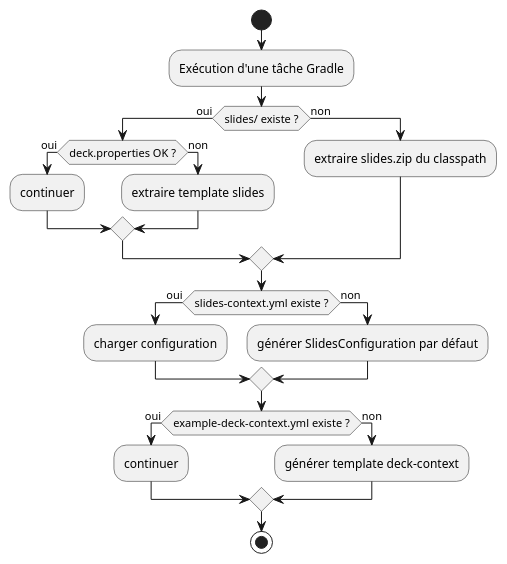
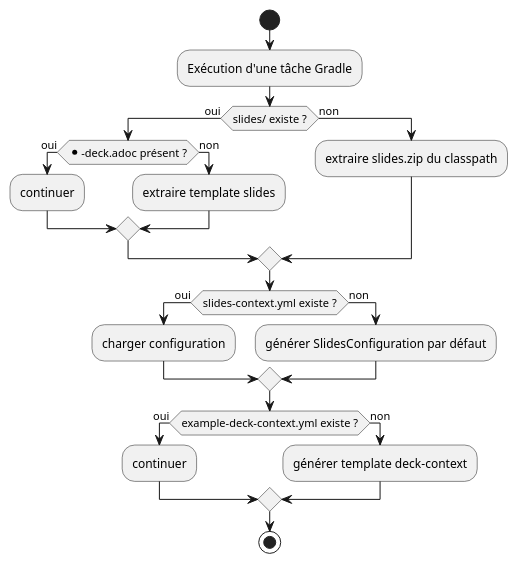
Before and after one commit to cheroliv/slider-gradle: the fifth of 10 diagrams in README_fr.adoc, drawn with PlantUML. The commit also changed other lines of this file and 24 other files, not shown here.

Commit message:
📝 chore(README_plantuml.adoc): update slides requirements and remove deck.properties for better clarity and consistency

```diff
--- a/README_fr.adoc
+++ b/README_fr.adoc
@@ -259,30 +258,30 @@
 [plantuml]
 ....
 @startuml
 start
 :Exécution d'une tâche Gradle;
 
 if (slides/ existe ?) then (oui)
-  if (deck.properties OK ?) then (oui)
+  if (*-deck.adoc présent ?) then (oui)
     :continuer;
   else (non)
     :extraire template slides;
   endif
 else (non)
   :extraire slides.zip du classpath;
 endif
 
 if (slides-context.yml existe ?) then (oui)
   :charger configuration;
 else (non)
   :générer SlidesConfiguration par défaut;
 endif
 
 if (example-deck-context.yml existe ?) then (oui)
   :continuer;
 else (non)
   :générer template deck-context;
 endif
 stop
 @enduml
 ....
```
